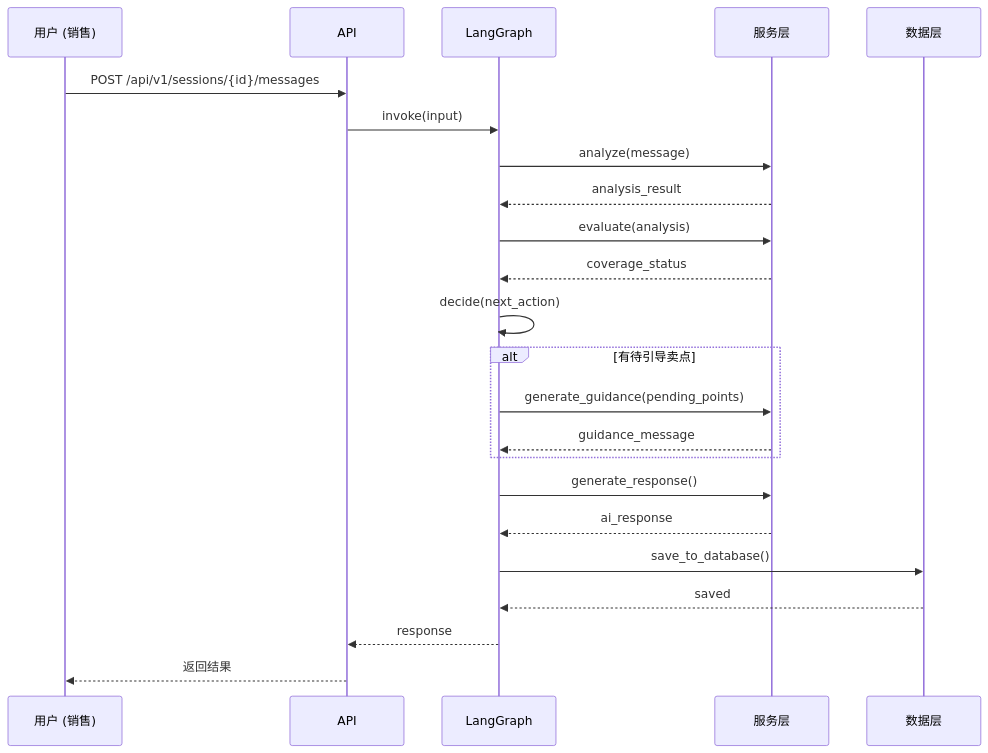
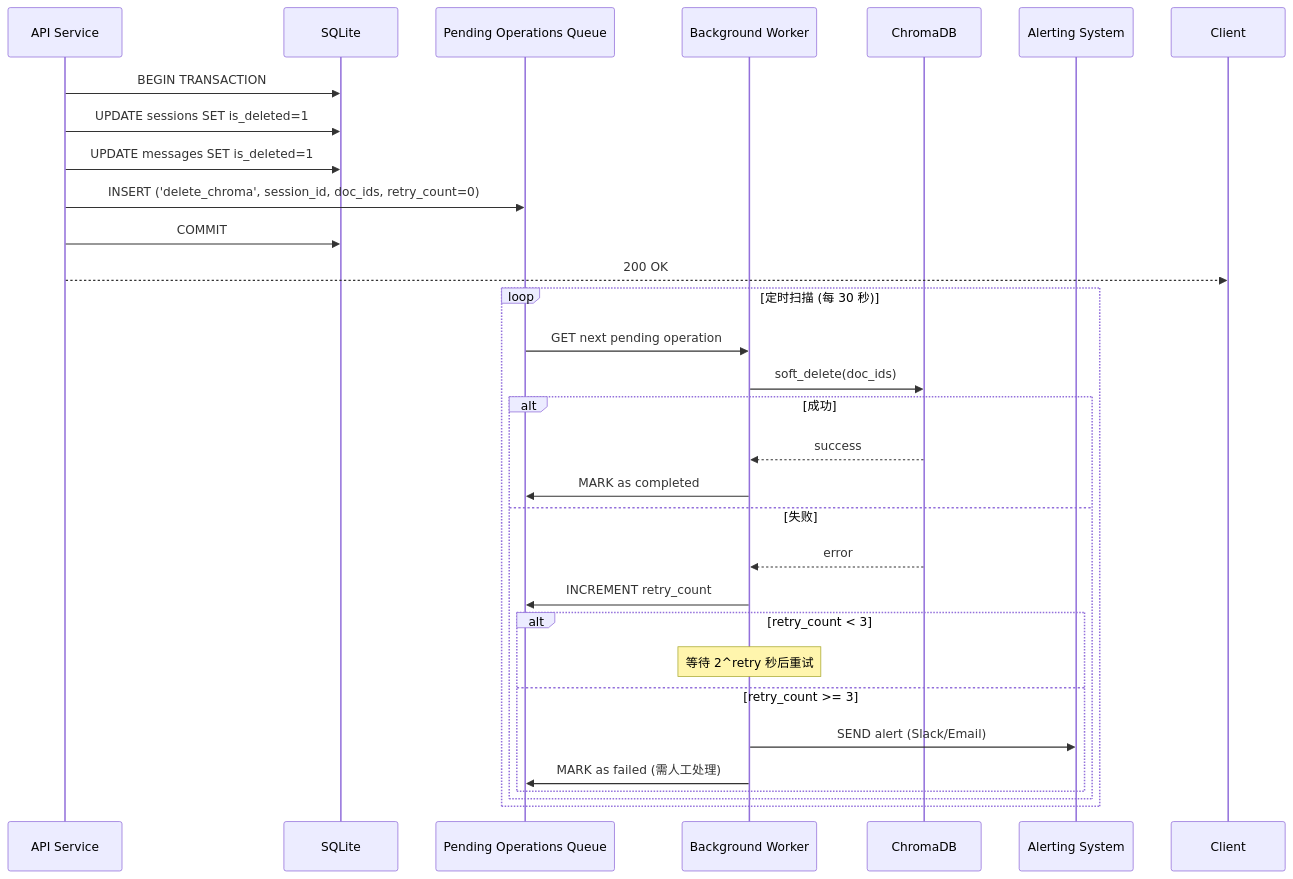
The ninth of 13 diagrams in docs/architecture.md (xt765/UMU-Sales-Trainer), drawn with Mermaid before and after one commit. The commit also changed other lines of this file and 1 other file, not shown here.

````diff
--- a/docs/architecture.md
+++ b/docs/architecture.md
@@ -384,26 +578,36 @@
 ```mermaid
 sequenceDiagram
-    participant U as 用户 (销售)
-    participant A as API
-    participant W as LangGraph
-    participant S as 服务层
-    participant D as 数据层
-
-    U->>A: POST /api/v1/sessions/{id}/messages
-    A->>W: invoke(input)
-    W->>S: analyze(message)
-    S-->>W: analysis_result
-    W->>S: evaluate(analysis)
-    S-->>W: coverage_status
-    W->>W: decide(next_action)
-    alt 有待引导卖点
-        W->>S: generate_guidance(pending_points)
-        S-->>W: guidance_message
+    participant API as API Service
+    participant SQL as SQLite
+    participant Queue as Pending Operations Queue
+    participant Worker as Background Worker
+    participant CHR as ChromaDB
+    participant Alert as Alerting System
+    
+    API->>SQL: BEGIN TRANSACTION
+    API->>SQL: UPDATE sessions SET is_deleted=1
+    API->>SQL: UPDATE messages SET is_deleted=1
+    API->>Queue: INSERT ('delete_chroma', session_id, doc_ids, retry_count=0)
+    API->>SQL: COMMIT
+    API-->>Client: 200 OK
+    
+    loop 定时扫描 (每 30 秒)
+        Queue->>Worker: GET next pending operation
+        Worker->>CHR: soft_delete(doc_ids)
+        
+        alt 成功
+            CHR-->>Worker: success
+            Worker->>Queue: MARK as completed
+        else 失败
+            CHR-->>Worker: error
+            Worker->>Queue: INCREMENT retry_count
+            
+            alt retry_count < 3
+                Note over Worker: 等待 2^retry 秒后重试
+            else retry_count >= 3
+                Worker->>Alert: SEND alert (Slack/Email)
+                Worker->>Queue: MARK as failed (需人工处理)
+            end
+        end
     end
-    W->>S: generate_response()
-    S-->>W: ai_response
-    W->>D: save_to_database()
-    D-->>W: saved
-    W-->>A: response
-    A-->>U: 返回结果
 ```
````
